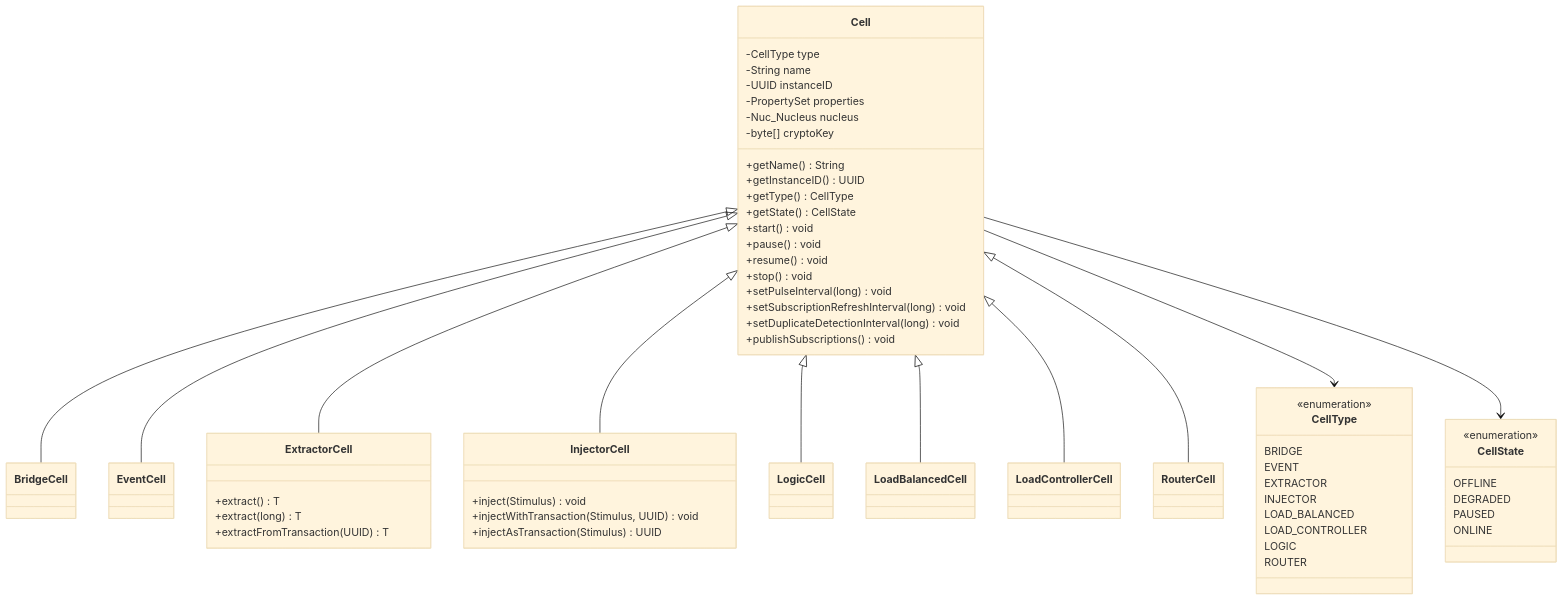
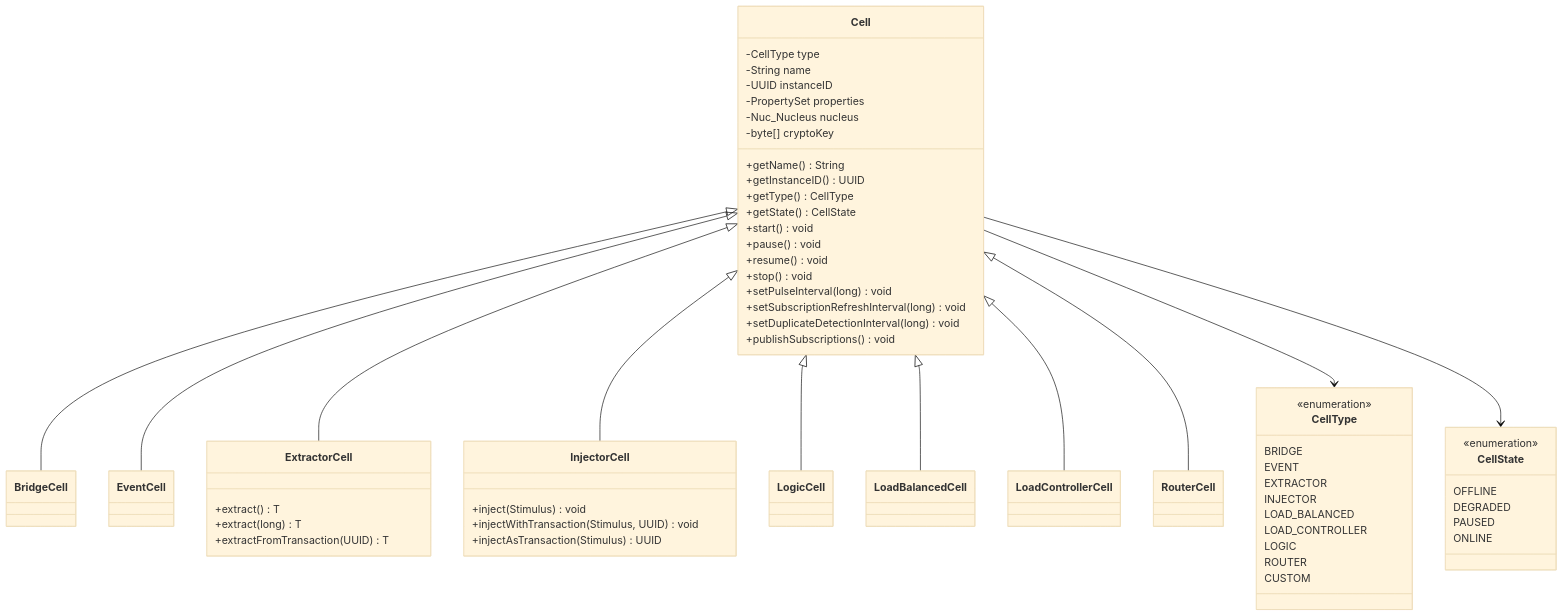
Before and after one commit to commence-software/NeuPaths2: the first of 7 diagrams in documents/design/02-domain-model.md, drawn with Mermaid (base theme). The commit also changed other lines of this file and 9 other files, not shown here.

````diff
--- a/documents/design/02-domain-model.md
+++ b/documents/design/02-domain-model.md
@@ -12,69 +15,70 @@
 ```mermaid
 classDiagram
     class Cell {
         -CellType type
         -String name
         -UUID instanceID
         -PropertySet properties
         -Nuc_Nucleus nucleus
         -byte[] cryptoKey
         +getName() String
         +getInstanceID() UUID
         +getType() CellType
         +getState() CellState
         +start() void
         +pause() void
         +resume() void
         +stop() void
         +setPulseInterval(long) void
         +setSubscriptionRefreshInterval(long) void
         +setDuplicateDetectionInterval(long) void
         +publishSubscriptions() void
     }
     class BridgeCell
     class EventCell
     class ExtractorCell {
         +extract() T
         +extract(long) T
         +extractFromTransaction(UUID) T
     }
     class InjectorCell {
         +inject(Stimulus) void
         +injectWithTransaction(Stimulus, UUID) void
         +injectAsTransaction(Stimulus) UUID
     }
     class LogicCell
     class LoadBalancedCell
     class LoadControllerCell
     class RouterCell
 
     Cell <|-- BridgeCell
     Cell <|-- EventCell
     Cell <|-- ExtractorCell
     Cell <|-- InjectorCell
     Cell <|-- LogicCell
     Cell <|-- LoadBalancedCell
     Cell <|-- LoadControllerCell
     Cell <|-- RouterCell
 
     class CellType {
         <<enumeration>>
         BRIDGE
         EVENT
         EXTRACTOR
         INJECTOR
         LOAD_BALANCED
         LOAD_CONTROLLER
         LOGIC
         ROUTER
+        CUSTOM
     }
     class CellState {
         <<enumeration>>
         OFFLINE
         DEGRADED
         PAUSED
         ONLINE
     }
     Cell --> CellType
     Cell --> CellState
 ```
````
